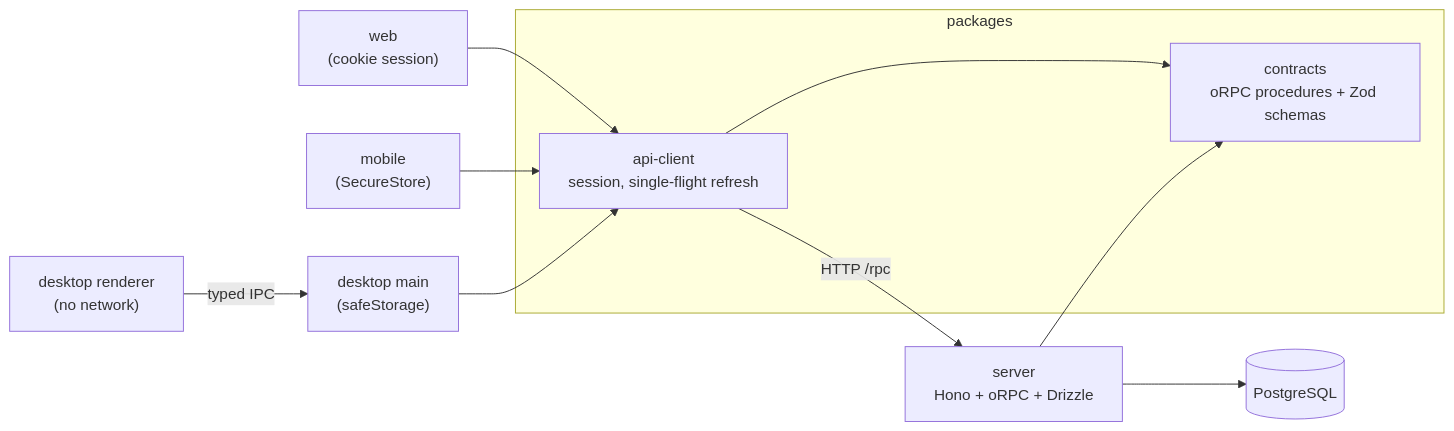
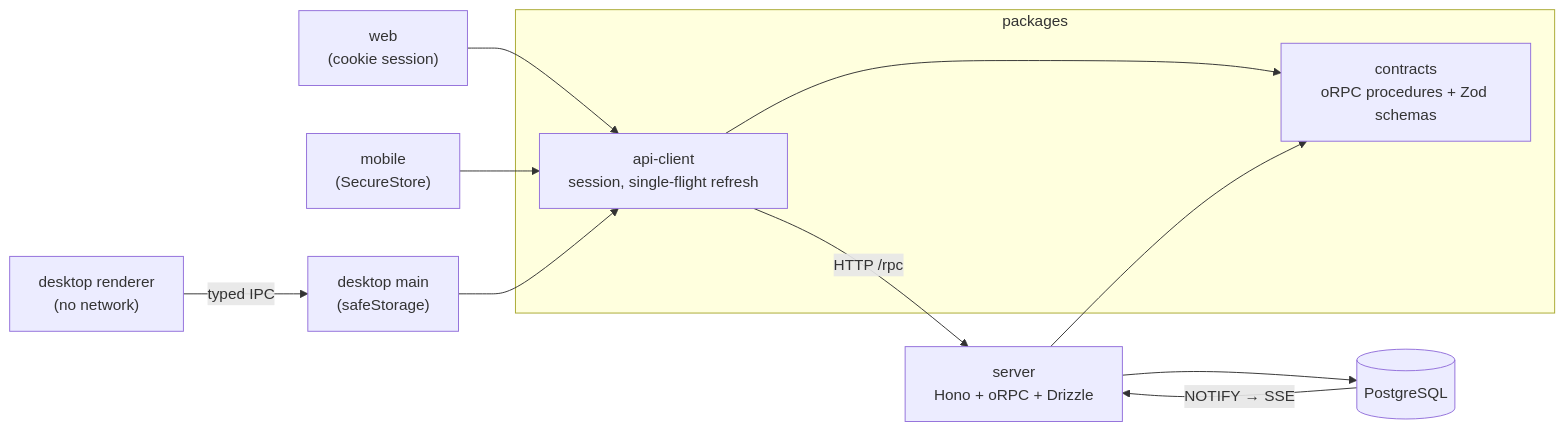
Before and after one commit to wdevelope/fullstack-monorepo-starter: the first of 3 diagrams in README.md, drawn with Mermaid. The commit also changed other lines of this file and 5 other files, not shown here.

````diff
--- a/README.md
+++ b/README.md
@@ -23,15 +23,16 @@
 ```mermaid
 flowchart LR
   subgraph packages
     contracts["contracts<br/>oRPC procedures + Zod schemas"]
     client["api-client<br/>session, single-flight refresh"]
   end
   web["web<br/>(cookie session)"] --> client
   mobile["mobile<br/>(SecureStore)"] --> client
   renderer["desktop renderer<br/>(no network)"] -- "typed IPC" --> main["desktop main<br/>(safeStorage)"]
   main --> client
   client --> contracts
   server["server<br/>Hono + oRPC + Drizzle"] --> contracts
   client -- "HTTP /rpc" --> server
   server --> db[(PostgreSQL)]
+  db -- "NOTIFY → SSE" --> server
 ```
````
